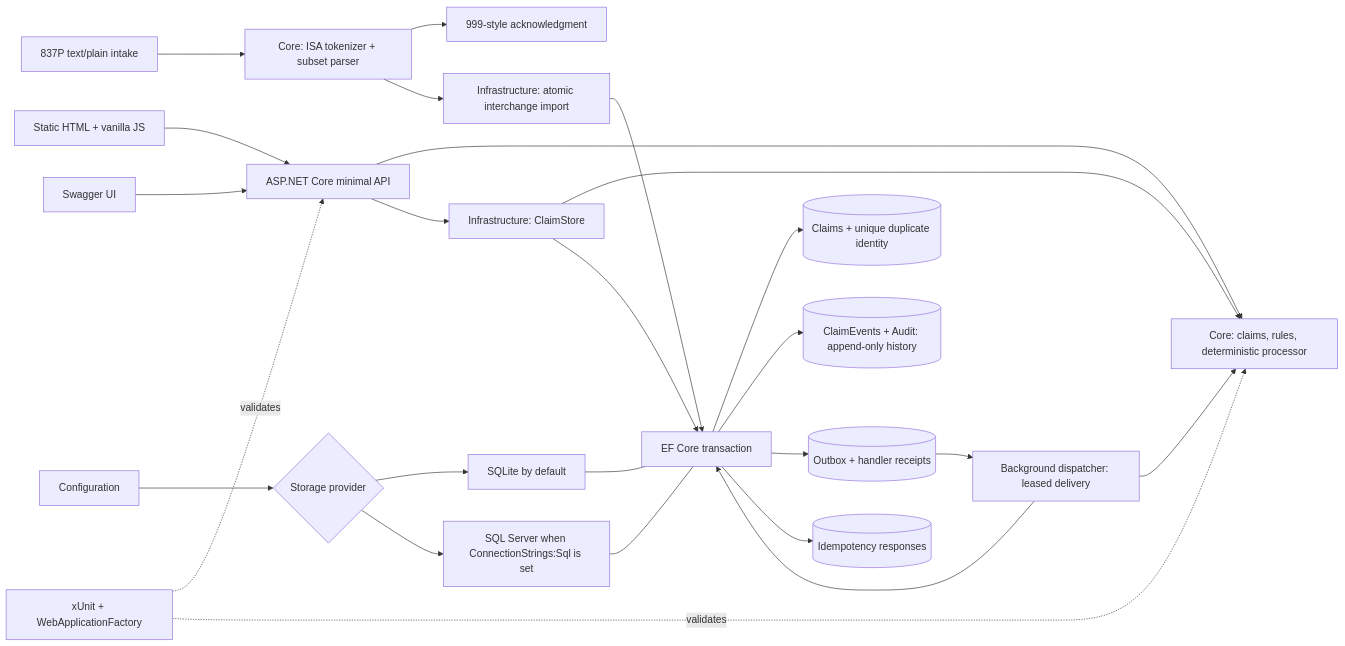
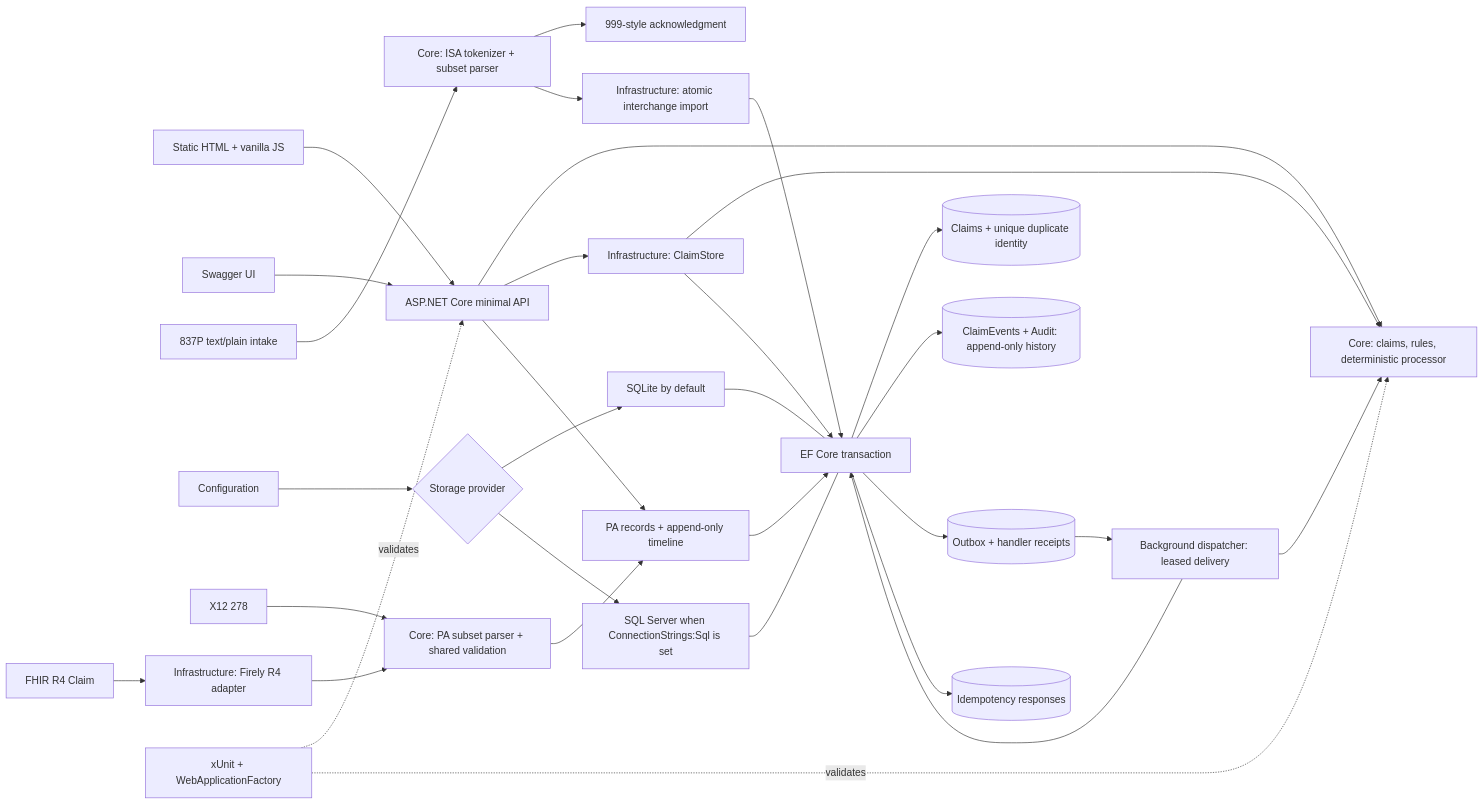
One commit to Abhyudaya01/medibridge changed the diagram in README.md. Above: the diagram before and after it, drawn with Mermaid. The commit also changed other lines of this file and 37 other files, not shown here.

````diff
--- a/README.md
+++ b/README.md
@@ -51,27 +61,33 @@
 ```mermaid
 flowchart LR
     Browser[Static HTML + vanilla JS] --> API[ASP.NET Core minimal API]
     Swagger[Swagger UI] --> API
     X12[837P text/plain intake] --> Parser[Core: ISA tokenizer + subset parser]
     Parser --> Ack[999-style acknowledgment]
     Parser --> Batch[Infrastructure: atomic interchange import]
     Batch --> EF
     API --> Core[Core: claims, rules, deterministic processor]
     API --> Store[Infrastructure: ClaimStore]
     Store --> Core
     Store --> EF[EF Core transaction]
     EF --> Claims[(Claims + unique duplicate identity)]
     EF --> Events[(ClaimEvents + Audit: append-only history)]
     EF --> Outbox[(Outbox + handler receipts)]
     EF --> Keys[(Idempotency responses)]
     Outbox --> Worker[Background dispatcher: leased delivery]
     Worker --> Core
     Worker --> EF
     Config[Configuration] --> Provider{Storage provider}
     Provider --> SQLite[SQLite by default]
     Provider --> SQL[SQL Server when ConnectionStrings:Sql is set]
     SQLite --- EF
     SQL --- EF
+    PA278[X12 278] --> PAMap[Core: PA subset parser + shared validation]
+    FHIR[FHIR R4 Claim] --> Firely[Infrastructure: Firely R4 adapter]
+    Firely --> PAMap
+    PAMap --> PAStore[PA records + append-only timeline]
+    API --> PAStore
+    PAStore --> EF
     Tests[xUnit + WebApplicationFactory] -. validates .-> API
     Tests -. validates .-> Core
 ```
````
